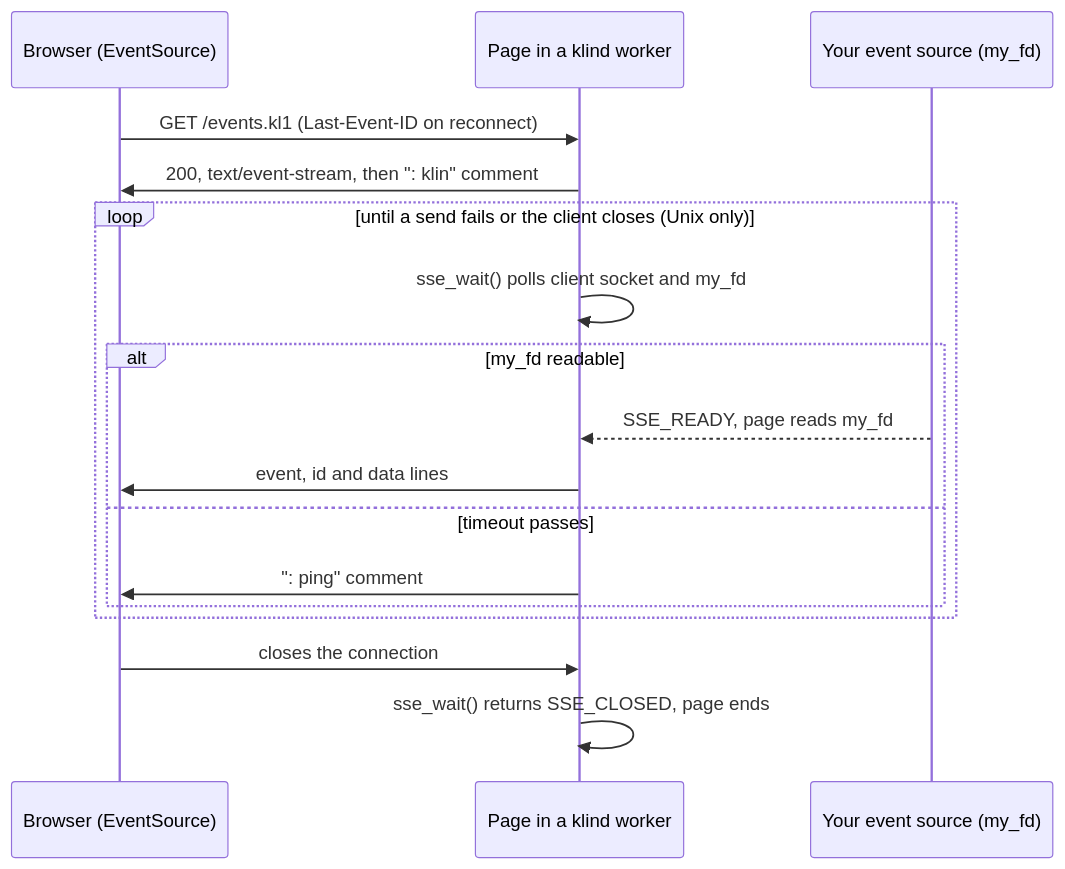
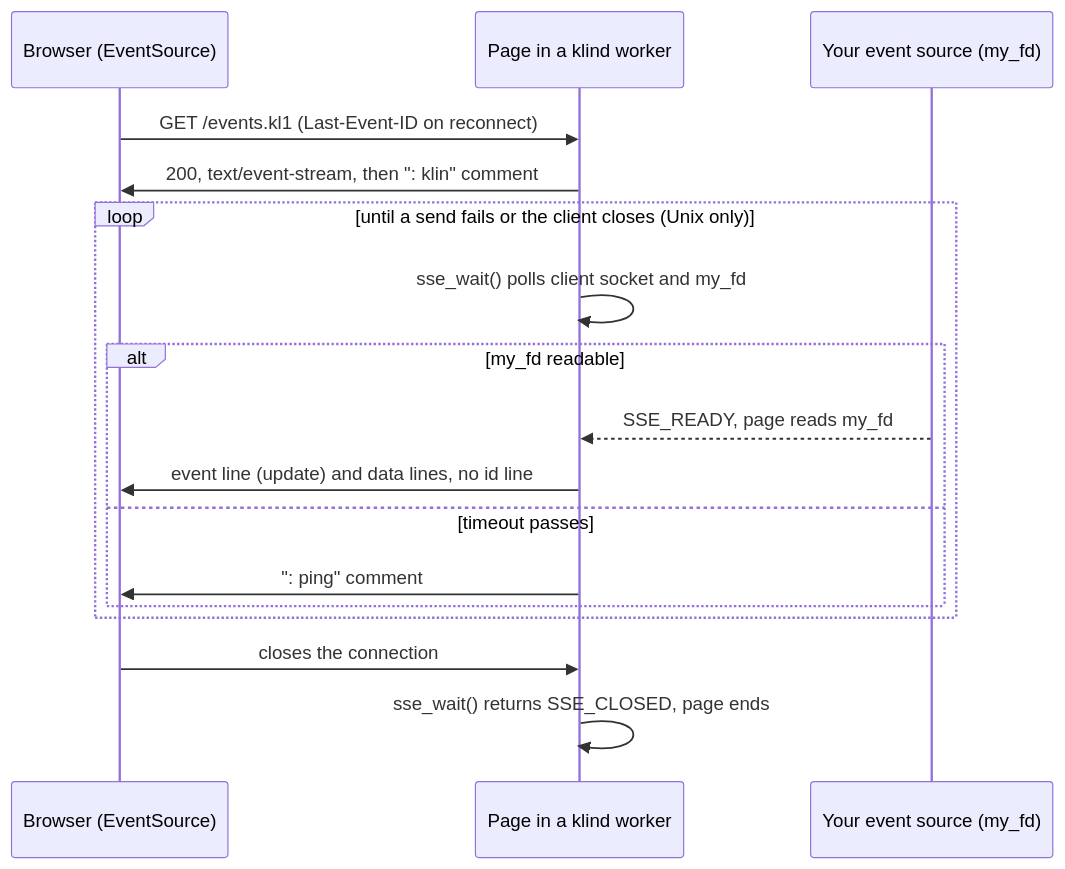
One commit to DanielTillett/klin changed the diagram in doc/SSE.md. Above: the diagram before and after it, drawn with Mermaid. The commit also changed other lines of this file and 20 other files, not shown here.

````diff
--- a/doc/SSE.md
+++ b/doc/SSE.md
@@ -61,19 +61,19 @@
 ```mermaid
 sequenceDiagram
     participant B as Browser (EventSource)
     participant P as Page in a klind worker
     participant S as Your event source (my_fd)
     B->>P: GET /events.kl1 (Last-Event-ID on reconnect)
     P->>B: 200, text/event-stream, then ": klin" comment
     loop until a send fails or the client closes (Unix only)
         P->>P: sse_wait() polls client socket and my_fd
         alt my_fd readable
             S-->>P: SSE_READY, page reads my_fd
-            P->>B: event, id and data lines
+            P->>B: event line (update) and data lines, no id line
         else timeout passes
             P->>B: ": ping" comment
         end
     end
     B->>P: closes the connection
     P->>P: sse_wait() returns SSE_CLOSED, page ends
 ```
````
